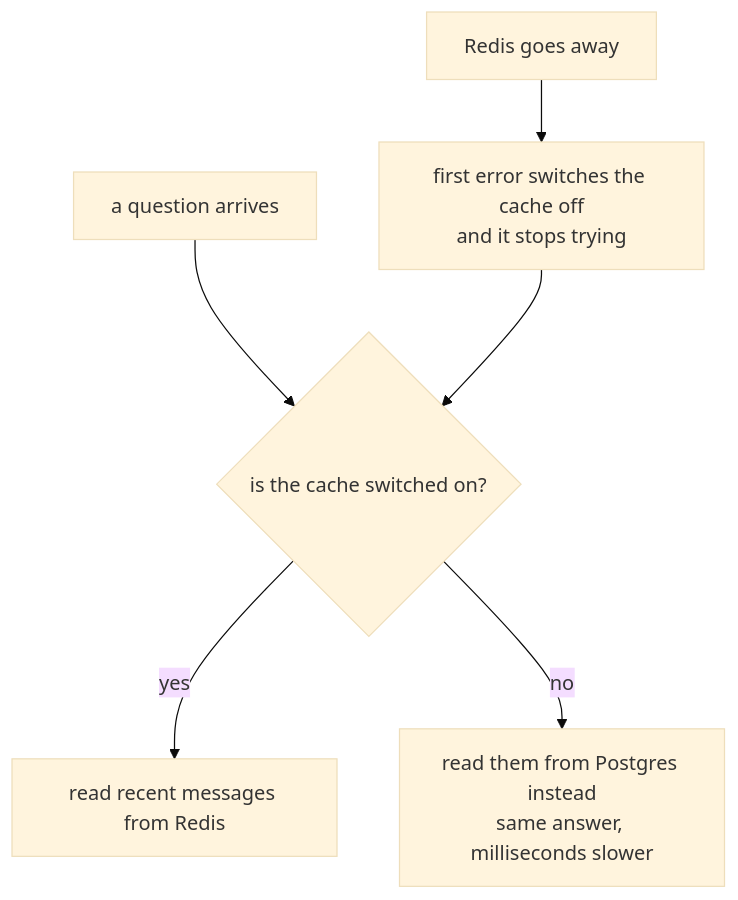
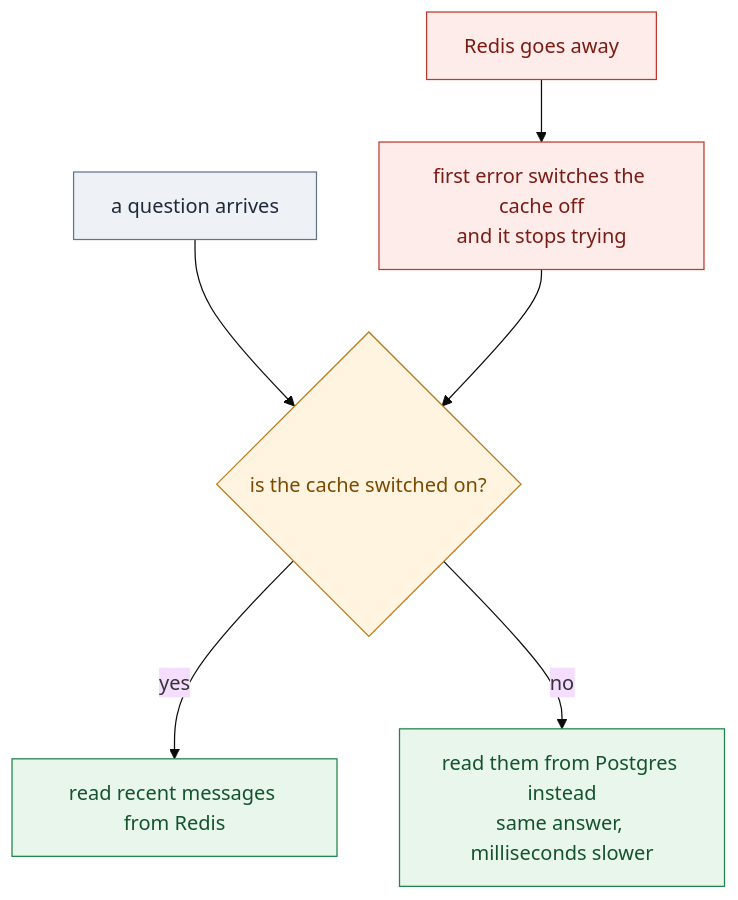
Diagram 13 of 15 in docs/TESTING-SCALING.md (selvakumarperumal/Corporate_Filing_Analyzer_Agent), drawn with Mermaid (base theme) before and after one commit. The commit also changed other lines of this file, not shown here.

Commit message:
docs: style mermaid diagrams and add 'When it happens' context callouts across scaling test rows

````diff
--- a/docs/TESTING-SCALING.md
+++ b/docs/TESTING-SCALING.md
@@ -1136,8 +1299,17 @@
 ```mermaid
 flowchart TB
   Q["a question arrives"] --> C{"is the cache switched on?"}
   C -->|"yes"| H["read recent messages from Redis"]
   C -->|"no"| P["read them from Postgres instead<br/>same answer, milliseconds slower"]
   E["Redis goes away"] --> F["first error switches the cache off<br/>and it stops trying"]
   F --> C
+  classDef step fill:#eef2f7,stroke:#64748b,color:#1f2937
+  classDef bad fill:#fdecea,stroke:#c0392b,color:#7b1c14
+  classDef good fill:#e8f6ec,stroke:#1e8449,color:#14532d
+  classDef warn fill:#fff4e0,stroke:#b7791f,color:#7c4a03
+  classDef fix fill:#eef2ff,stroke:#4f46e5,color:#312e81
+  class Q step
+  class C warn
+  class H,P good
+  class E,F bad
 ```
````
